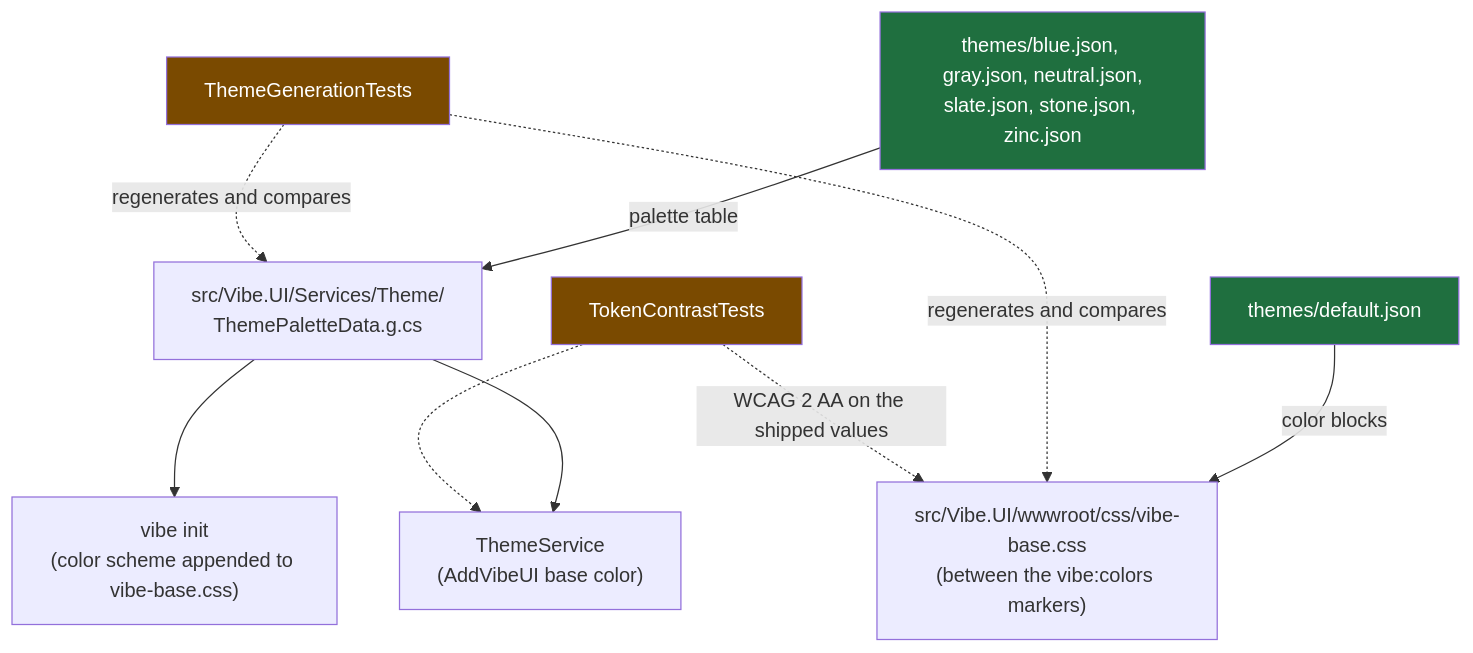
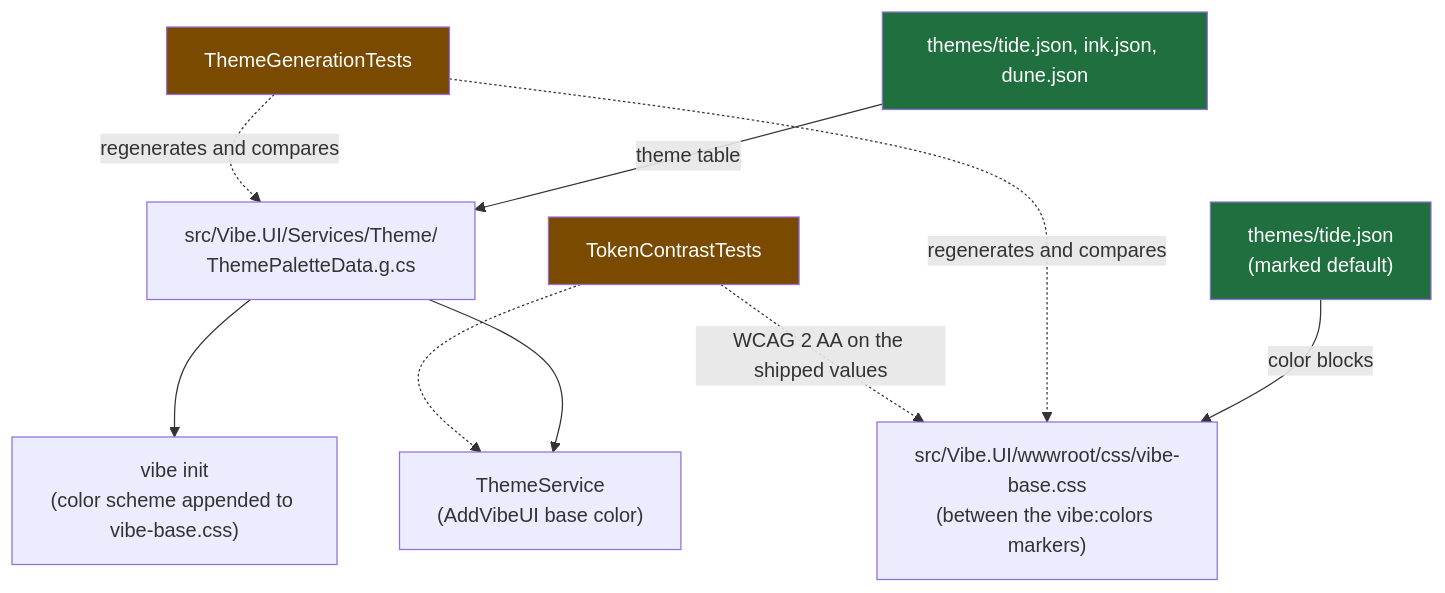
The diagram in themes/README.md (Narcoleptic-Fox/Vibe.UI), drawn with Mermaid before and after one commit. The commit also changed other lines of this file and 21 other files, not shown here.

First line of the commit message:
feat(theme)!: replace the six palettes with Tide, Ink and Dune

````diff
--- a/themes/README.md
+++ b/themes/README.md
@@ -8,15 +8,15 @@
 ```mermaid
 flowchart TD
-    D["themes/default.json"] -->|color blocks| CSS["src/Vibe.UI/wwwroot/css/vibe-base.css<br/>(between the vibe:colors markers)"]
-    P["themes/blue.json, gray.json, neutral.json,<br/>slate.json, stone.json, zinc.json"] -->|palette table| G["src/Vibe.UI/Services/Theme/<br/>ThemePaletteData.g.cs"]
+    D["themes/tide.json<br/>(marked default)"] -->|color blocks| CSS["src/Vibe.UI/wwwroot/css/vibe-base.css<br/>(between the vibe:colors markers)"]
+    P["themes/tide.json, ink.json, dune.json"] -->|theme table| G["src/Vibe.UI/Services/Theme/<br/>ThemePaletteData.g.cs"]
     G --> S["ThemeService<br/>(AddVibeUI base color)"]
     G --> C["vibe init<br/>(color scheme appended to vibe-base.css)"]
     T["ThemeGenerationTests"] -.->|regenerates and compares| CSS
     T -.->|regenerates and compares| G
     X["TokenContrastTests"] -.->|WCAG 2 AA on the shipped values| CSS
     X -.-> S
     style D fill:#1f6f3f,color:#fff
     style P fill:#1f6f3f,color:#fff
     style T fill:#7a4a00,color:#fff
     style X fill:#7a4a00,color:#fff
 ```
````
